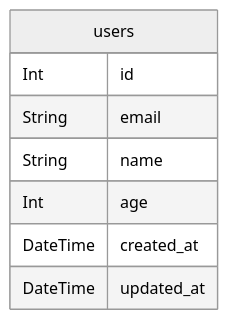
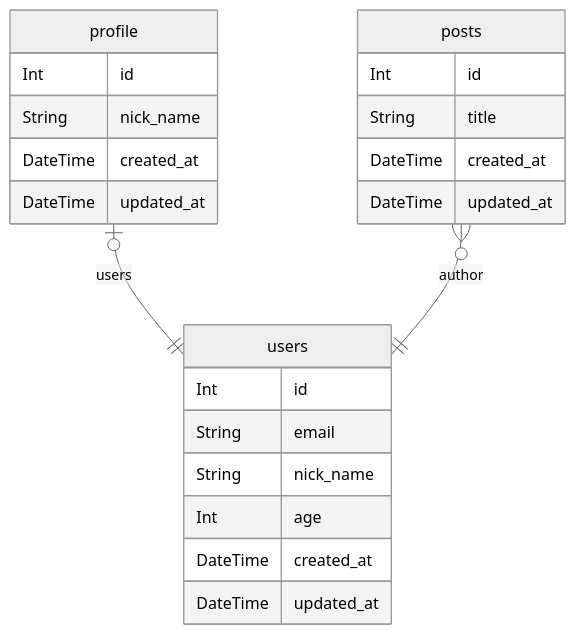
One commit to mshige1979/prisma-examples changed the diagram in doc/ERD.md. Above: the diagram before and after it, drawn with Mermaid (neutral theme). The commit also changed 4 other files, not shown here.

````diff
--- a/doc/ERD.md
+++ b/doc/ERD.md
@@ -1,12 +1,30 @@
 ```mermaid
 erDiagram
   users {
       Int id
     String email
-    String name
+    String nick_name
     Int age
     DateTime created_at
     DateTime updated_at
     }
   
+
+  profile {
+      Int id
+    String nick_name
+    DateTime created_at
+    DateTime updated_at
+    }
+  
+
+  posts {
+      Int id
+    String title
+    DateTime created_at
+    DateTime updated_at
+    }
+  
+    profile o|--|| users : "users"
+    posts o{--|| users : "author"
 ```
````
